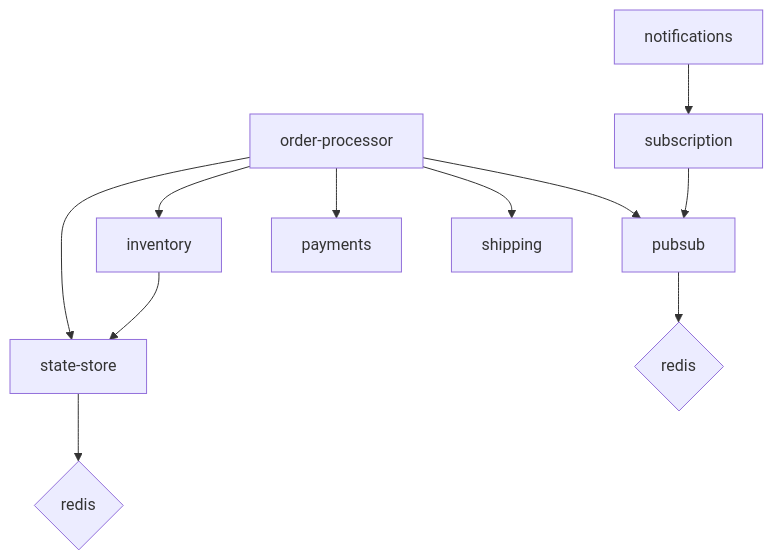
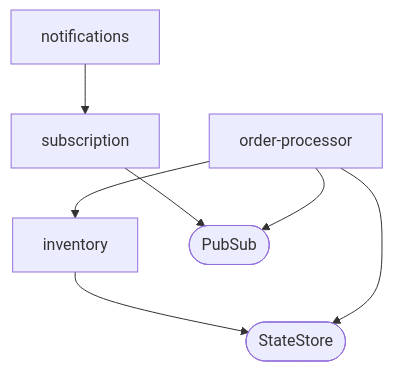
The first of 3 diagrams in score-demo.md (kendallroden/kubecon-dapr-score-demo), drawn with Mermaid before and after one commit. The commit also changed other lines of this file and 1 other file, not shown here.

````diff
--- a/score-demo.md
+++ b/score-demo.md
@@ -1,10 +1,8 @@
 ```mermaid
 flowchart TD
-    inventory-->state-store-->redis{redis}
-    notifications-->subscription-->pubsub
+    inventory-->state-store([StateStore])
+    notifications-->subscription-->pubsub([PubSub])
     order-processor-->state-store
-    order-processor-->pubsub-->rabbitmq{redis}
+    order-processor-->pubsub
     order-processor-->inventory
-    order-processor-->payments
-    order-processor-->shipping
 ```
````
